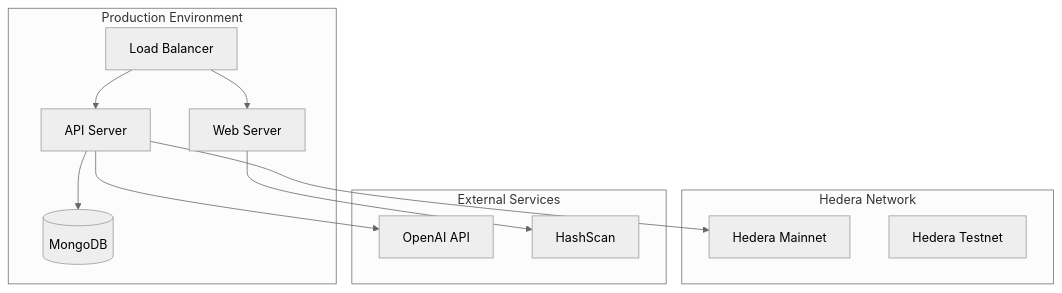
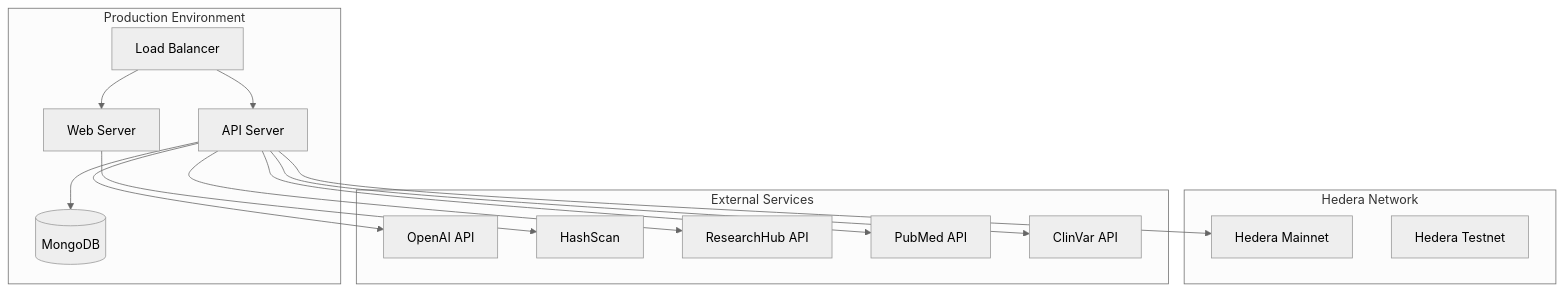
Before and after one commit to Acoercode/hedera_africa_hackathon: the tenth of 10 diagrams in docs/architecture-diagrams.md, drawn with Mermaid (neutral theme). The commit also changed other lines of this file and 10 other files, not shown here.

````diff
--- a/docs/architecture-diagrams.md
+++ b/docs/architecture-diagrams.md
@@ -402,26 +411,32 @@
 ```mermaid
 graph TB
     subgraph "Production Environment"
         LB[Load Balancer]
         WEB[Web Server]
         API[API Server]
         DB[(MongoDB)]
     end
     
     subgraph "Hedera Network"
         MAINNET[Hedera Mainnet]
         TESTNET[Hedera Testnet]
     end
     
     subgraph "External Services"
         OPENAI[OpenAI API]
         HASHSCAN[HashScan]
+        RESEARCHHUB[ResearchHub API]
+        PUBMED[PubMed API]
+        CLINVAR[ClinVar API]
     end
     
     LB --> WEB
     LB --> API
     API --> DB
     API --> MAINNET
     API --> OPENAI
+    API --> RESEARCHHUB
+    API --> PUBMED
+    API --> CLINVAR
     WEB --> HASHSCAN
 ```
````
